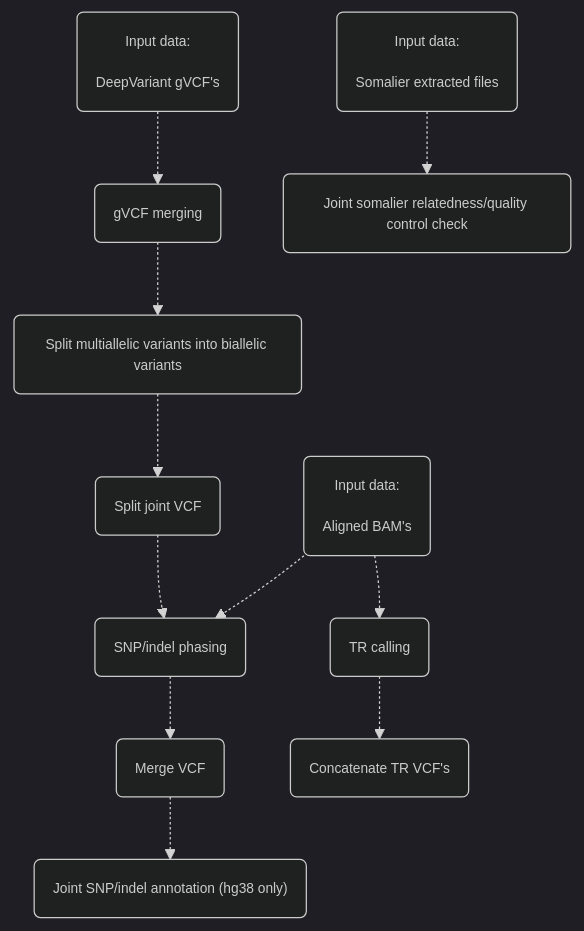
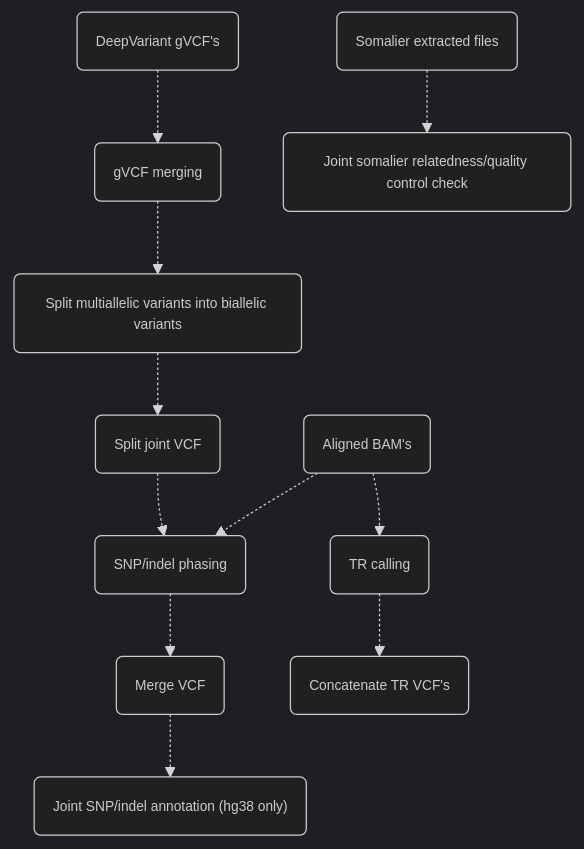
One commit to leahkemp/pipeface changed the diagram in docs/popface/info.md. Above: the diagram before and after it, drawn with Mermaid. The commit also changed 1 other file, not shown here.

Commit message:
try new formatting

````diff
--- a/docs/popface/info.md
+++ b/docs/popface/info.md
@@ -5,24 +5,24 @@
 ```mermaid
 %%{init:{'theme':'dark','themeVariables':{'fontSize':'11px'}}}%%
 flowchart TB
 
-input_gvcf("Input data: <br><br> DeepVariant gVCF's")
-input_bam("Input data: <br><br> Aligned BAM's")
+input_gvcf("DeepVariant gVCF's")
+input_bam("Aligned BAM's")
 gvcf_merging("gVCF merging")
 joint_split_multiallele("Split multiallelic variants into biallelic variants")
 split_vcf("Split joint VCF")
 snp_indel_phasing("SNP/indel phasing")
 merge_vcf("Merge VCF")
 joint_snp_indel_annotation("Joint SNP/indel annotation (hg38 only)")
 tr_calling("TR calling")
 concat_vcf("Concatenate TR VCF's")
 
-input_somalier("Input data: <br><br> Somalier extracted files")
+input_somalier("Somalier extracted files")
 joint_somalier("Joint somalier relatedness/quality control check")
 
 input_gvcf-.->gvcf_merging-.->joint_split_multiallele-.->split_vcf-.->snp_indel_phasing-.->merge_vcf-.->joint_snp_indel_annotation
 input_bam-.->snp_indel_phasing
 input_bam-.->tr_calling-.->concat_vcf
 input_somalier-.->joint_somalier
 
 ```
````
